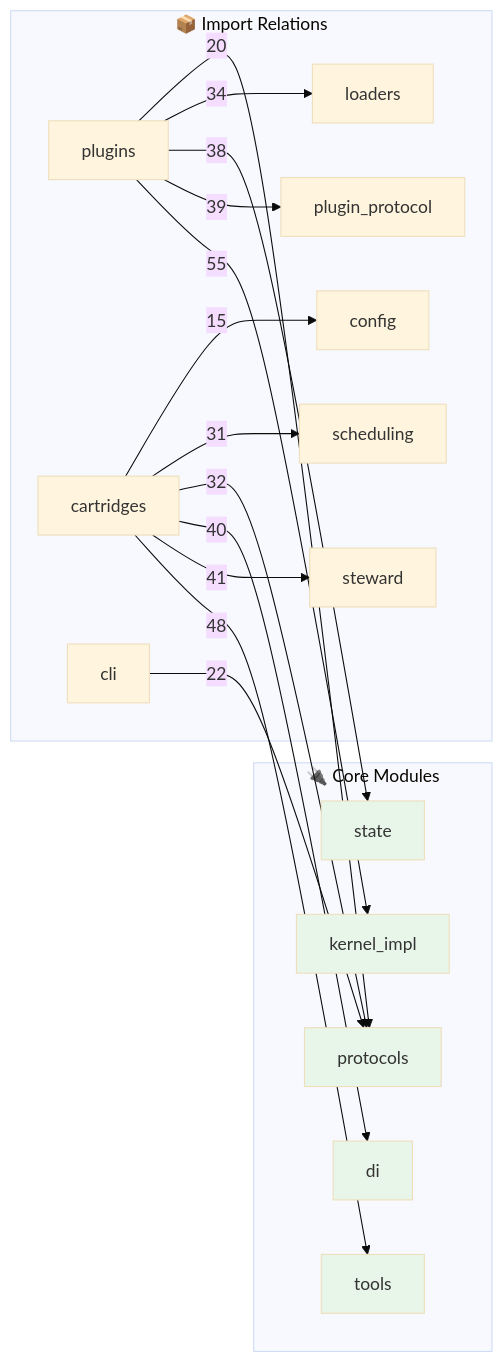
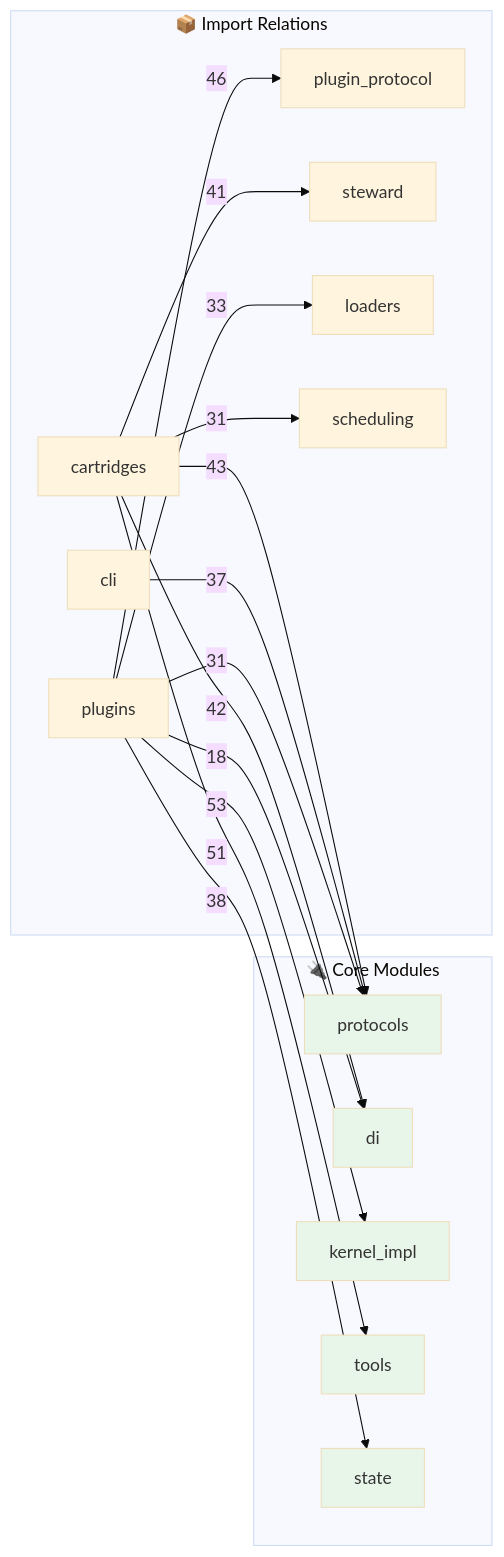
Before and after one commit to kimeisele/steward-protocol: the second of 2 diagrams in OPUS.md, drawn with Mermaid (base theme). The commit also changed other lines of this file and 4 other files, not shown here.

````diff
--- a/OPUS.md
+++ b/OPUS.md
@@ -610,31 +618,31 @@
 ```mermaid
 flowchart LR
     subgraph Core["🔌 Core Modules"]
         protocols[protocols]
+        di[di]
         kernel_impl[kernel_impl]
-        di[di]
         tools[tools]
         state[state]
     end
 
     subgraph Edges["📦 Import Relations"]
-        plugins -->|55| kernel_impl
-        cartridges -->|48| tools
+        plugins -->|53| kernel_impl
+        cartridges -->|51| tools
+        plugins -->|46| plugin_protocol
+        cartridges -->|43| protocols
+        cartridges -->|42| di
         cartridges -->|41| steward
-        cartridges -->|40| di
-        plugins -->|39| plugin_protocol
         plugins -->|38| state
-        plugins -->|34| loaders
-        cartridges -->|32| protocols
+        cli -->|37| protocols
+        plugins -->|33| loaders
         cartridges -->|31| scheduling
-        cli -->|22| protocols
-        plugins -->|20| protocols
-        cartridges -->|15| config
+        plugins -->|31| protocols
+        plugins -->|18| di
     end
 
     style protocols fill:#e8f5e9
+    style di fill:#e8f5e9
     style kernel_impl fill:#e8f5e9
-    style di fill:#e8f5e9
     style tools fill:#e8f5e9
     style state fill:#e8f5e9
 ```
````
